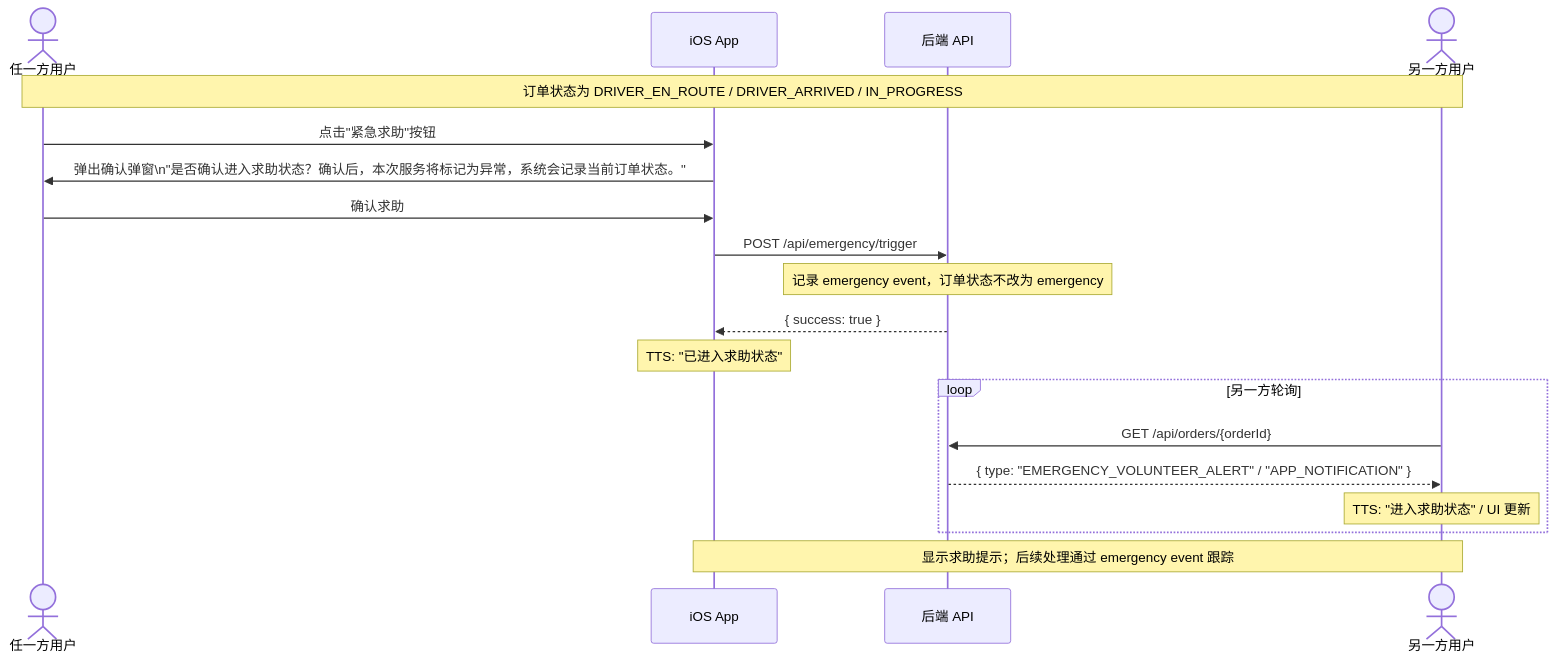
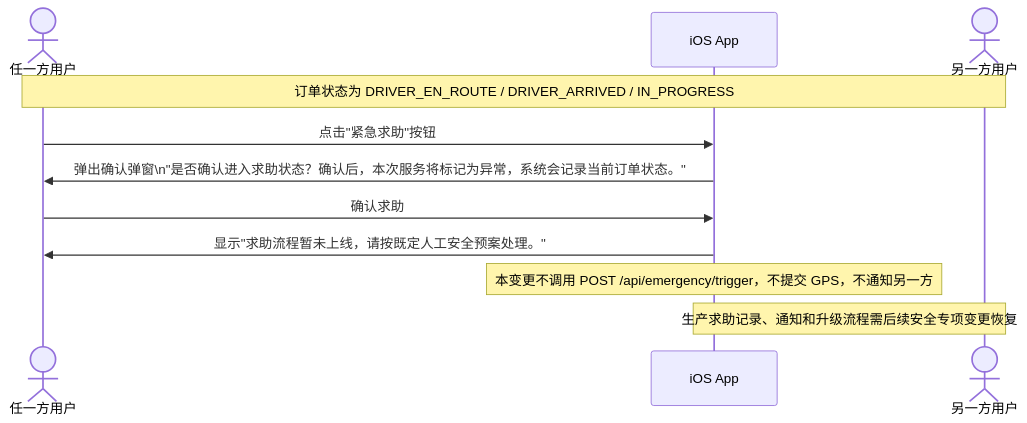
The fifth of 7 diagrams in docs/04-user-flows-and-state-machine.md (Jayden23018/blind-run-ios), drawn with Mermaid before and after one commit. The commit also changed other lines of this file and 33 other files, not shown here.

Commit message:
Refactor iOS flows for cloud backend integration

````diff
--- a/docs/04-user-flows-and-state-machine.md
+++ b/docs/04-user-flows-and-state-machine.md
@@ -233,26 +233,16 @@
 ```mermaid
 sequenceDiagram
     actor User as 任一方用户
     participant App as iOS App
-    participant API as 后端 API
     actor Other as 另一方用户
 
     Note over User,Other: 订单状态为 DRIVER_EN_ROUTE / DRIVER_ARRIVED / IN_PROGRESS
 
     User->>App: 点击"紧急求助"按钮
     App->>User: 弹出确认弹窗\n"是否确认进入求助状态？确认后，本次服务将标记为异常，系统会记录当前订单状态。"
     User->>App: 确认求助
-    App->>API: POST /api/emergency/trigger
-    Note over API: 记录 emergency event，订单状态不改为 emergency
-    API-->>App: { success: true }
+    App->>User: 显示"求助流程暂未上线，请按既定人工安全预案处理。"
+    Note over App: 本变更不调用 POST /api/emergency/trigger，不提交 GPS，不通知另一方
 
-    Note over App: TTS: "已进入求助状态"
-
-    loop 另一方轮询
-        Other->>API: GET /api/orders/{orderId}
-        API-->>Other: { type: "EMERGENCY_VOLUNTEER_ALERT" / "APP_NOTIFICATION" }
-        Note over Other: TTS: "进入求助状态" / UI 更新
-    end
-
-    Note over App,Other: 显示求助提示；后续处理通过 emergency event 跟踪
+    Note over App,Other: 生产求助记录、通知和升级流程需后续安全专项变更恢复
 ```
````
